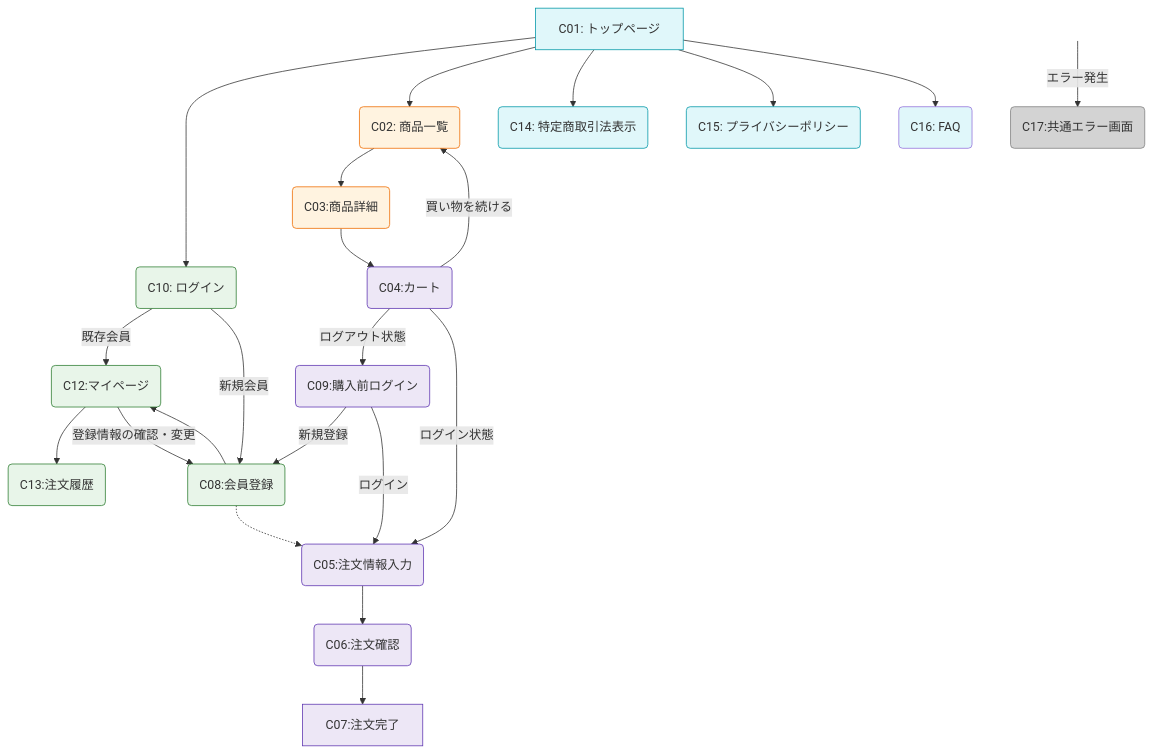
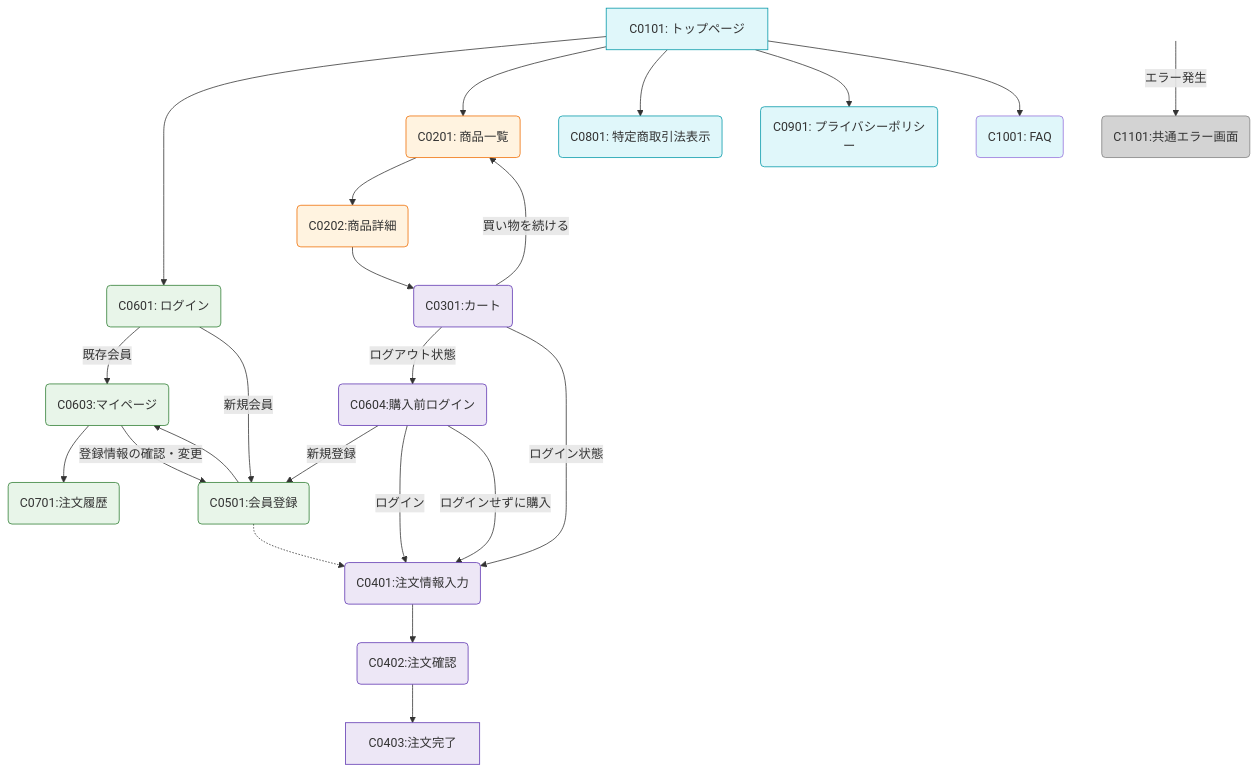
Before and after one commit to shogomaeda758/Bacon: the diagram in 基本設計/4.md, drawn with Mermaid. The commit also changed other lines of this file and 26 other files, not shown here.

```diff
--- a/基本設計/4.md
+++ b/基本設計/4.md
@@ -108,58 +72,59 @@
 <div class="mermaid">
 graph TD
-    A[C01: トップページ]  --> B(C10: ログイン);
-    A --> C(C02: 商品一覧);
-    A --> D(C14: 特定商取引法表示)
-    A --> E(C15: プライバシーポリシー)
-    A --> F(C16: FAQ)
+    A[C0101: トップページ]  --> B(C0601: ログイン);
+    A --> C(C0201: 商品一覧);
+    A --> D(C0801: 特定商取引法表示)
+    A --> E(C0901: プライバシーポリシー)
+    A --> F(C1001: FAQ)
 
    
     
     H --> G
-    B -- 既存会員 --> G(C12:マイページ)
-    B -- 新規会員 --> H(C08:会員登録)
+    B -- 既存会員 --> G(C0603:マイページ)
+    B -- 新規会員 --> H(C0501:会員登録)
   
     
 
-    G --> I(C13:注文履歴)
+    G --> I(C0701:注文履歴)
     G -- 登録情報の確認・変更 --> H
 
-    C --> J(C03:商品詳細)
-    J --> K(C04:カート)
+    C --> J(C0202:商品詳細)
+    J --> K(C0301:カート)
     K -- 買い物を続ける --> C
-    K -- ログアウト状態 --> P(C09:購入前ログイン)
+    K -- ログアウト状態 --> P(C0604:購入前ログイン)
 
    
     K -- ログイン状態 --> L
-    L --> M(C06:注文確認)
-    M --> N[C07:注文完了]
+    L --> M(C0402:注文確認)
+    M --> N[C0403:注文完了]
 
     P -- 新規登録 -->H
     H -.->L
-     P -- ログイン --> L(C05:注文情報入力)
+     P -- ログイン --> L(C0401:注文情報入力)
+     P -- ログインせずに購入 --> L
 
-    dummy[ ] --エラー発生 --> O(C17:共通エラー画面)
+    dummy[ ] --エラー発生 --> O(C1101:共通エラー画面)
 
 
     style dummy fill:#fff,stroke:#fff,stroke-width:1px
      style A fill:#e0f7fa,stroke:#0097a7
     style D fill:#e0f7fa,stroke:#0097a7
     style E fill:#e0f7fa,stroke:#0097a7
     style F fill:#e0f7fa,stroke:#
 
     style B fill:#e8f5e9,stroke:#2e7d32
     style G fill:#e8f5e9,stroke:#2e7d32
     style H fill:#e8f5e9,stroke:#2e7d32
     style I fill:#e8f5e9,stroke:#2e7d32
 
     style C fill:#fff3e0,stroke:#ef6c00
     style J fill:#fff3e0,stroke:#ef6c00
 
     style K fill:#ede7f6,stroke:#5e35b1
     style L fill:#ede7f6,stroke:#5e35b1
     style M fill:#ede7f6,stroke:#5e35b1
     style N fill:#ede7f6,stroke:#5e35b1
     style P fill:#ede7f6,stroke:#5e35b1
     style O fill:#d3d3d3,stroke:#808080
 
 </div>
```
